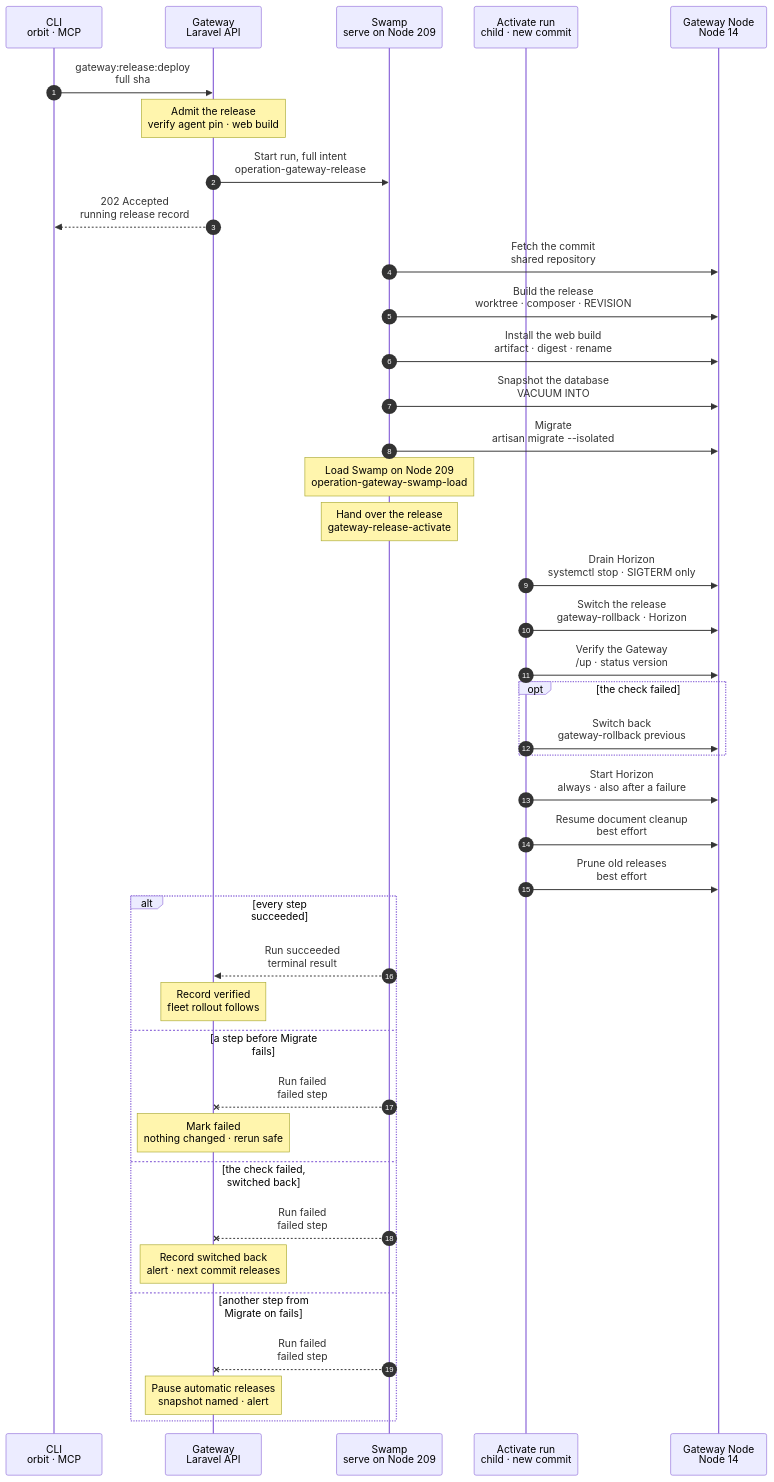
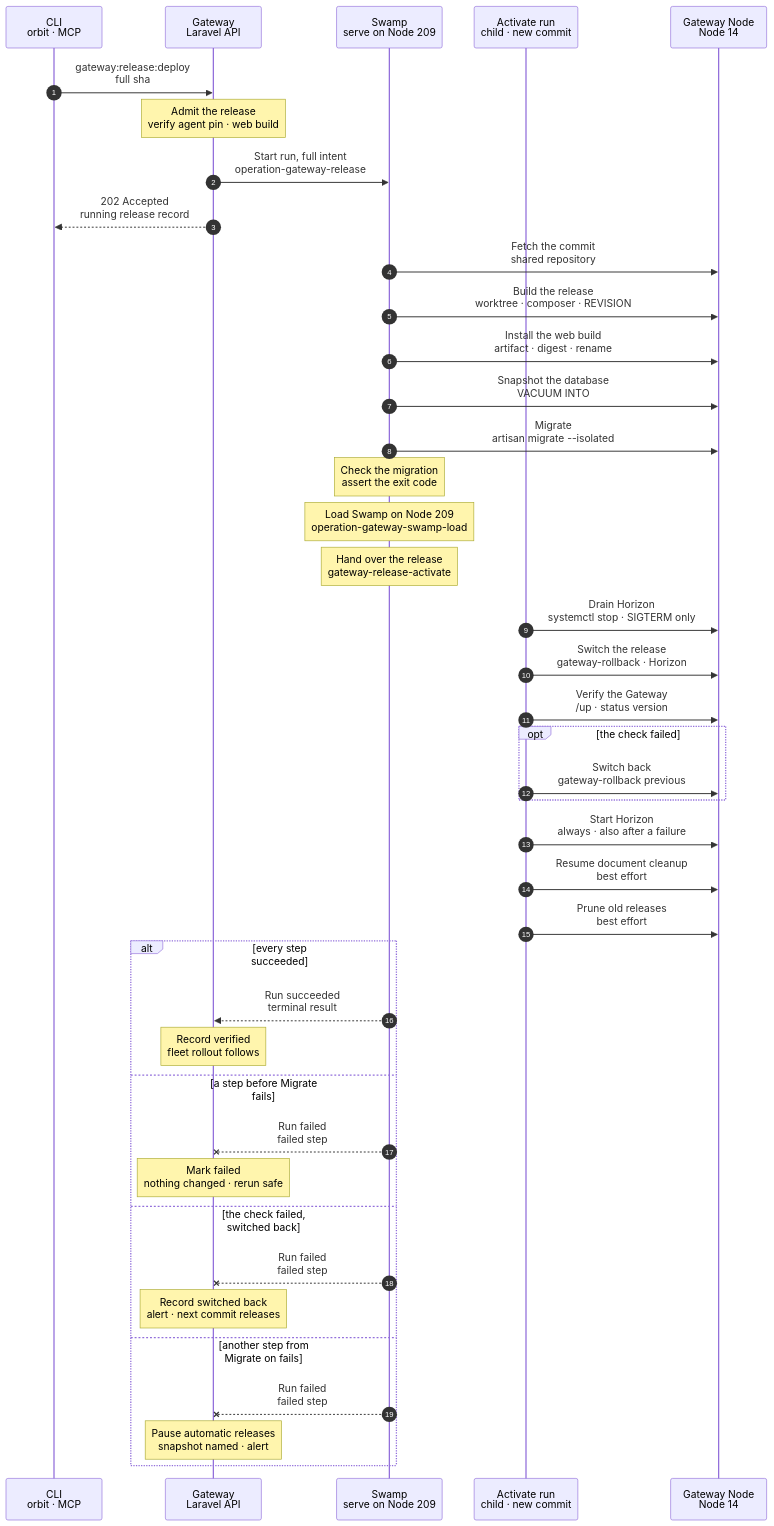
The diagram in docs/cli/gateway/release-deploy.mmd (hardimpactdev/orbit), drawn with Mermaid before and after one commit. The commit also changed 5 other files, not shown here.

First line of the commit message:
Record the migration's output when a release fails at Migrate

```diff
--- a/docs/cli/gateway/release-deploy.mmd
+++ b/docs/cli/gateway/release-deploy.mmd
@@ -1,90 +1,94 @@
 sequenceDiagram
   %% Target design: docs/reference/feature-flow.md section 6, one Swamp workflow per Gateway release, manual or automatic.
   %% A failed check switches back; migrations are expand and contract. docs/reference/gateway-recovery.md#release-as-a-swamp-run.
   %% status: draft
   %% command: gateway:release:deploy
   %% kind: gateway.release
   %% behavior name: gateway-release-<step>-209 (fixed)
   autonumber
   %% lane TR icon=terminal pill=caller tone=gray
   %% lane GW icon=gateway pill=intent tone=blue
   %% lane SW icon=workflow pill=executes tone=green
   %% lane AC icon=workflow pill=child tone=green
   %% lane GN icon=server pill=target tone=amber
   participant TR as CLI<br/>orbit · MCP
   participant GW as Gateway<br/>Laravel API
   participant SW as Swamp<br/>serve on Node 209
   participant AC as Activate run<br/>child · new commit
   participant GN as Gateway Node<br/>Node 14
   TR->>GW: gateway:release:deploy<br/>full sha
   %%> Command:
   %%> - `orbit gateway:release:deploy <full sha>`; the automatic tick admits the newest green commit the same way
   Note over GW: Admit the release<br/>verify agent pin · web build
   %%> Requirements:
   %%> - the full commit; no other release queued or running
   %%> - the agent pin passes its Sigstore check; CI published the commit's web build
   %%> Result:
   %%> - a running release record; the pin, artifact, Horizon unit and SSH targets frozen as inputs
   GW->>SW: Start run, full intent<br/>operation-gateway-release
   %%> What it does:
   %%> - at run start, mints one read token (contents, actions) into the vault
   GW-->>TR: 202 Accepted<br/>running release record
   SW->>GN: Fetch the commit<br/>shared repository
   %%> What it does:
   %%> - fetches the commit with the read token when the shared repository lacks it; the token reaches git only in its environment
   %%> Decided by the orchestrator, for Nick's review:
   %%> - the fetch is its own step, so that the build runs its script from the commit being released, not from the live release
   SW->>GN: Build the release<br/>worktree · composer · REVISION
   %%> What it does:
   %%> - refuses a commit that does not descend from the current release
   %%> - links shared env and storage, installs dependencies, seals with `REVISION` and a cached config
   %%> - a sealed release of the commit is reused
   SW->>GN: Install the web build<br/>artifact · digest · rename
   SW->>GN: Snapshot the database<br/>VACUUM INTO
   SW->>GN: Migrate<br/>artisan migrate --isolated
+  %%> What it does:
+  %%> - prints the end of the migration's output and its exit code; a failed exec would keep no output
+  Note over SW: Check the migration<br/>assert the exit code
   %%> On failure:
   %%> - from here until the switch, the release pauses with the old release live
+  %%> - the record's message ends with the migration's output
   Note over SW: Load Swamp on Node 209<br/>operation-gateway-swamp-load
   %%> What it does:
   %%> - the load child: checkout, grants the new release rendered, serve reload
   Note over SW: Hand over the release<br/>gateway-release-activate
   %%> Why:
   %%> - the child runs from the definition the load installed, so the switch runs the new commit's steps
   AC->>GN: Drain Horizon<br/>systemctl stop · SIGTERM only
   %%> What it does:
   %%> - waits until the unit's whole control group is empty, as long as the drain allows; Horizon's jobs open SSH connections of their own, so no shared connection master stays in the group, and the wait covers any other process a job leaves
   %%> - refuses to stop a unit that lacks the stop policy (`KillMode=mixed`, `SendSIGKILL=no`), because it would kill a running job
   %%> On failure:
   %%> - the run fails with `gateway.release_horizon_unit_stale` for a unit without the policy, or `gateway.release_horizon_not_drained` when the unit did not stop in time; Horizon is started again below
   AC->>GN: Switch the release<br/>gateway-rollback · Horizon
   %%> Why:
   %%> - the same script an operator rolls back with: links, PHP-FPM reload, running services restart
   AC->>GN: Verify the Gateway<br/>/up · status version
   opt the check failed
     AC->>GN: Switch back<br/>gateway-rollback previous
   end
   AC->>GN: Start Horizon<br/>always · also after a failure
   %%> Why:
   %%> - the release drained Horizon, so every end of the run leaves it running: the old release after a failed drain or a switch back, the new one after a verified switch
   %%> - starting a running unit changes nothing
   %%> Decided by the orchestrator, for Nick's review:
   %%> - the drain relies on the unit's stop policy alone; the rollback script no longer starts a stopped Horizon, because this step does after every end of the run
   AC->>GN: Resume document cleanup<br/>best effort
   %%> Why:
   %%> - the scheduler restart paused the release cleanups; one that stays paused never fails the release
   AC->>GN: Prune old releases<br/>best effort
   alt every step succeeded
     SW-->>GW: Run succeeded<br/>terminal result
     Note over GW: Record verified<br/>fleet rollout follows
     %%> Next:
     %%> - the Gateway queues one `fleet.rollout` admission for the Nodes behind this commit (`fleet:rollout`)
   else a step before Migrate fails
     SW--xGW: Run failed<br/>failed step
     Note over GW: Mark failed<br/>nothing changed · rerun safe
   else the check failed, switched back
     SW--xGW: Run failed<br/>failed step
     Note over GW: Record switched back<br/>alert · next commit releases
   else another step from Migrate on fails
     SW--xGW: Run failed<br/>failed step
     Note over GW: Pause automatic releases<br/>snapshot named · alert
   end
```
